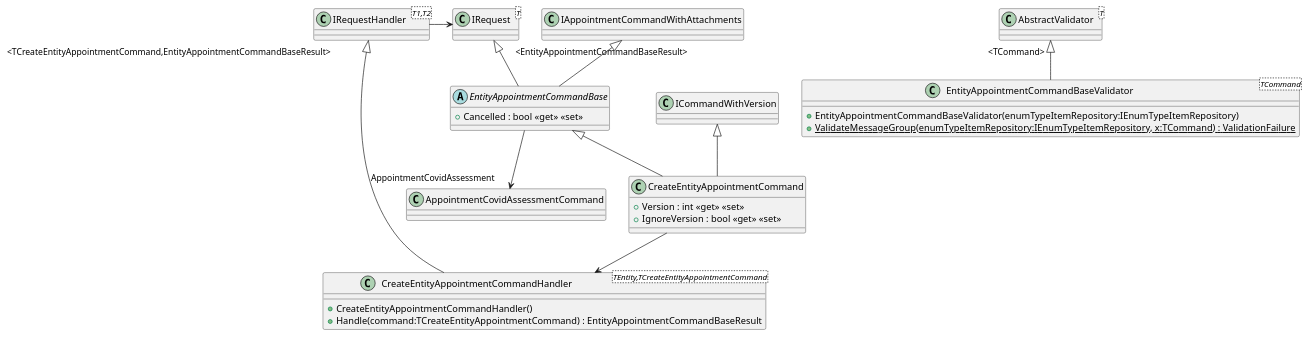
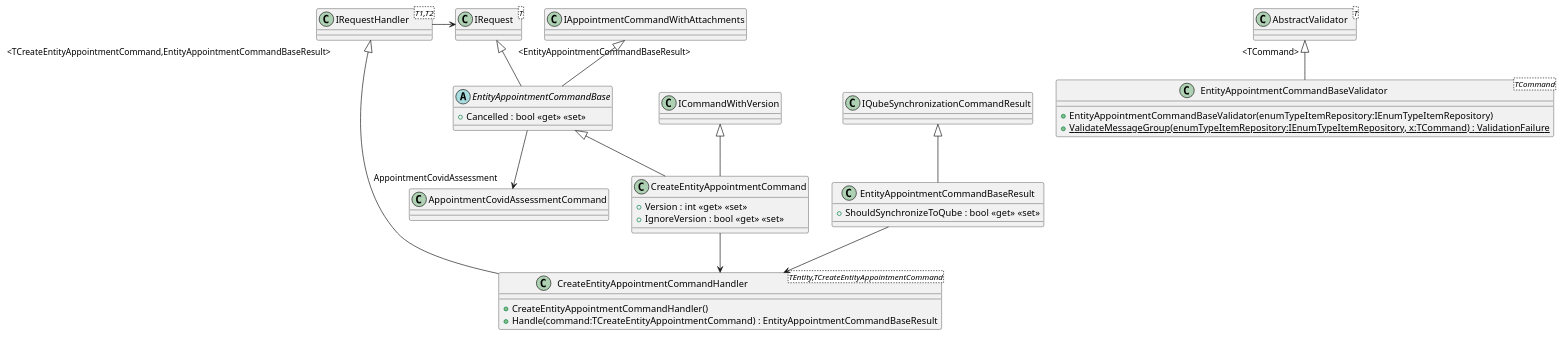
Before and after one commit to Kf-GaryNewport/Kf-GaryNewport.github.io: the diagram in assets/Architecture/Appointment/CreateEntityAppointmentCommandHandler.puml, drawn with PlantUML. The commit also changed 1 other file, not shown here.

```diff
--- a/assets/Architecture/Appointment/CreateEntityAppointmentCommandHandler.puml
+++ b/assets/Architecture/Appointment/CreateEntityAppointmentCommandHandler.puml
@@ -1,54 +1,61 @@
 @startuml
 class "CreateEntityAppointmentCommandHandler"<TEntity,TCreateEntityAppointmentCommand> {
 '    + CreateEntityAppointmentCommandHandler(entityType:EntityType, entityValidator:IEntityValidator, emailTotalSizeValidator:IEmailTotalSizeValidator, entityRepository:IGenericRepository<TEntity>, contactsMapper:IEntityAppointmentReferenceMapper<AppointmentContact>, negotiatorsMapper:IEntityAppointmentReferenceMapper<User>, appointmentAttachmentsMapper:IAppointmentAttachmentsMapper<TEntity>, currentUserProvider:ICurrentUserProvider, mediator:ISyncMediator, windowsTimeZoneHelper:IWindowsTimeZoneHelper, enumTypeItemRepository:IEnumTypeItemRepository, appointmentOtherAttendeesMapper:IEntityAppointmentOtherAttendeesMapper<AppointmentOtherAttendee>, appointmentMessageMapper:IEntityAppointmentReferenceMapper<AppointmentMessage>, appointmentCovidAssessmentMapper:IAppointmentCovidAssessmentMapper)
     + CreateEntityAppointmentCommandHandler()
     + Handle(command:TCreateEntityAppointmentCommand) : EntityAppointmentCommandBaseResult
 }
 class "IRequestHandler"<T1,T2> {
 }
 "IRequestHandler" "<TCreateEntityAppointmentCommand,EntityAppointmentCommandBaseResult>" <|-- "CreateEntityAppointmentCommandHandler"
 
 abstract class EntityAppointmentCommandBase {
     + Cancelled : bool <<get>> <<set>>
 }
 class "IRequest"<T> {
 }
 'class "IList"<T> {
 '}
 'class "List"<T> {
 '}
 "IRequest" "<EntityAppointmentCommandBaseResult>" <|-- EntityAppointmentCommandBase
 IAppointmentCommandWithAttachments <|-- EntityAppointmentCommandBase
 'EntityAppointmentCommandBase --> "EntityId" Guid
 'EntityAppointmentCommandBase --> "AttachmentEntityType" EntityType
 'EntityAppointmentCommandBase --> "StartDateTime" DateTimeOffset
 'EntityAppointmentCommandBase --> "EndDateTime" DateTimeOffset
 'EntityAppointmentCommandBase --> "Contacts<AppointmentContactCommand>" "IList"
 'EntityAppointmentCommandBase o-> "NegotiatorIds<Guid>" "IList"
 'EntityAppointmentCommandBase --> "AppointmentEventType" AppointmentEventType
 'EntityAppointmentCommandBase --> "Attachments<CreateAttachment>" "IList"
 'EntityAppointmentCommandBase o-> "CopiedAttachments<Guid>" "IList"
 'EntityAppointmentCommandBase --> "OtherAttendees<CreateUpdateAppointmentOtherAttendeeCommand>" "List"
 'EntityAppointmentCommandBase --> "TimeZoneId" Guid
 'EntityAppointmentCommandBase o-> "Messages<AppointmentMessageCommand>" "IList"
 EntityAppointmentCommandBase --> "AppointmentCovidAssessment" AppointmentCovidAssessmentCommand
 
 class CreateEntityAppointmentCommand {
     + Version : int <<get>> <<set>>
     + IgnoreVersion : bool <<get>> <<set>>
 }
 EntityAppointmentCommandBase <|-- CreateEntityAppointmentCommand
 ICommandWithVersion <|-- CreateEntityAppointmentCommand
 
 class "EntityAppointmentCommandBaseValidator"<TCommand> {
     + EntityAppointmentCommandBaseValidator(enumTypeItemRepository:IEnumTypeItemRepository)
     + {static} ValidateMessageGroup(enumTypeItemRepository:IEnumTypeItemRepository, x:TCommand) : ValidationFailure
 }
 class "AbstractValidator"<T> {
 }
 "AbstractValidator" "<TCommand>" <|-- "EntityAppointmentCommandBaseValidator"
 
+class EntityAppointmentCommandBaseResult {
+    + ShouldSynchronizeToQube : bool <<get>> <<set>>
+}
+IQubeSynchronizationCommandResult <|-- EntityAppointmentCommandBaseResult
+'EntityAppointmentCommandBaseResult --> "AppointmentId" Guid
+
 IRequest <-Left- IRequestHandler
 CreateEntityAppointmentCommand --> CreateEntityAppointmentCommandHandler
+EntityAppointmentCommandBaseResult --> CreateEntityAppointmentCommandHandler
 
 @enduml
```
